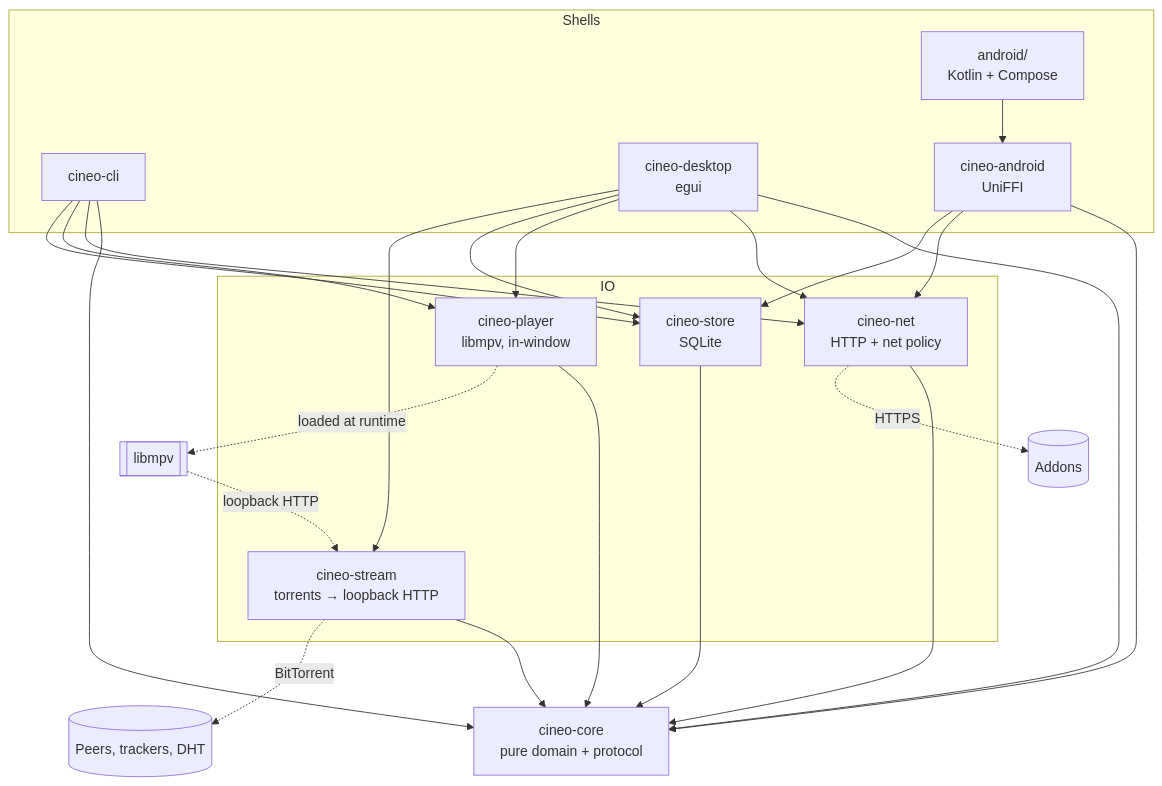
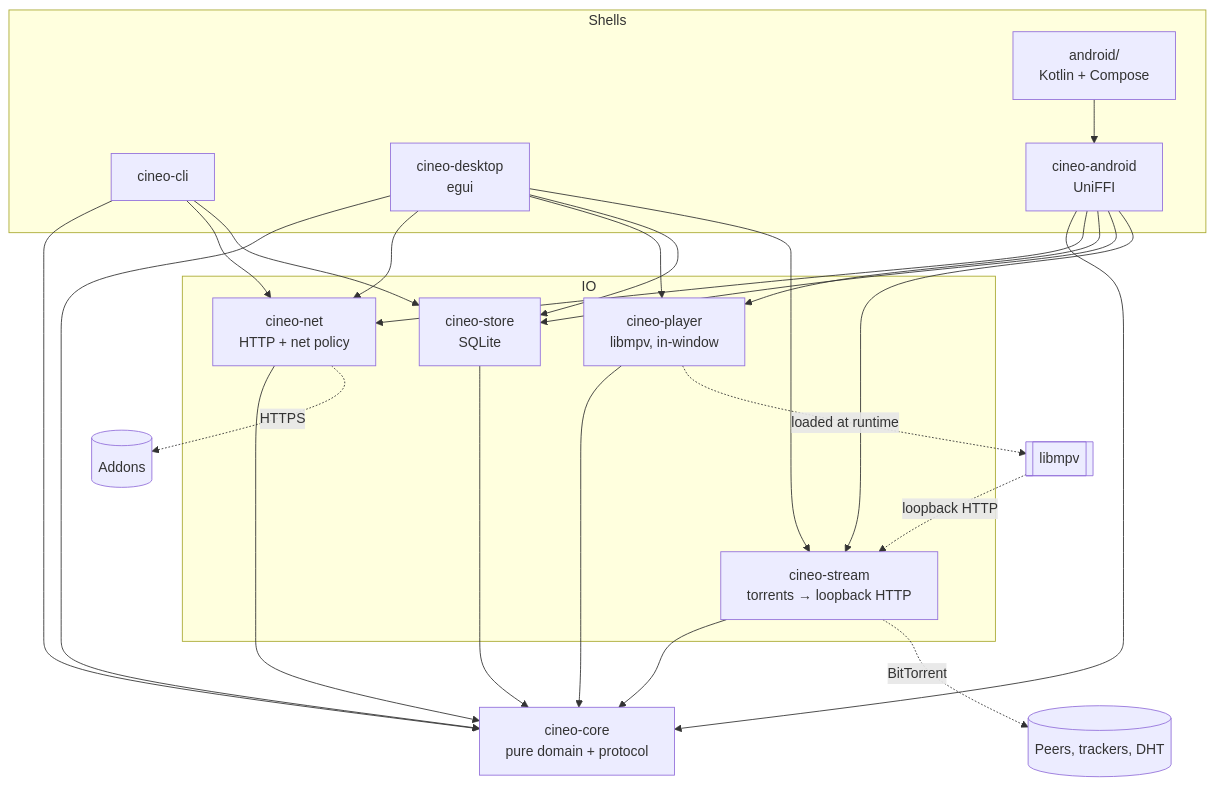
The first of 2 diagrams in docs/ARCHITECTURE.md (mdmrk/cineo), drawn with Mermaid before and after one commit. The commit also changed other lines of this file and 5 other files, not shown here.

````diff
--- a/docs/ARCHITECTURE.md
+++ b/docs/ARCHITECTURE.md
@@ -21,31 +21,31 @@
 ```mermaid
 flowchart TB
   subgraph Shells
     CLI[cineo-cli]
     GUI[cineo-desktop<br/>egui]
     AND[cineo-android<br/>UniFFI]
     KT[android/<br/>Kotlin + Compose]
   end
   subgraph IO
     NET[cineo-net<br/>HTTP + net policy]
     PLAYER[cineo-player<br/>libmpv, in-window]
     STORE[cineo-store<br/>SQLite]
     STREAM[cineo-stream<br/>torrents → loopback HTTP]
   end
   CORE[cineo-core<br/>pure domain + protocol]
   CLI --> CORE
   GUI --> CORE
-  CLI --> NET & PLAYER & STORE
+  CLI --> NET & STORE
   GUI --> NET & PLAYER & STORE & STREAM
   KT --> AND
   AND --> CORE
-  AND --> NET & STORE
+  AND --> NET & PLAYER & STORE & STREAM
   NET --> CORE
   PLAYER --> CORE
   STORE --> CORE
   STREAM --> CORE
   NET -. HTTPS .-> ADDONS[(Addons)]
   PLAYER -. loaded at runtime .-> MPV[[libmpv]]
   STREAM -. BitTorrent .-> PEERS[(Peers, trackers, DHT)]
   MPV -. loopback HTTP .-> STREAM
 ```
````
